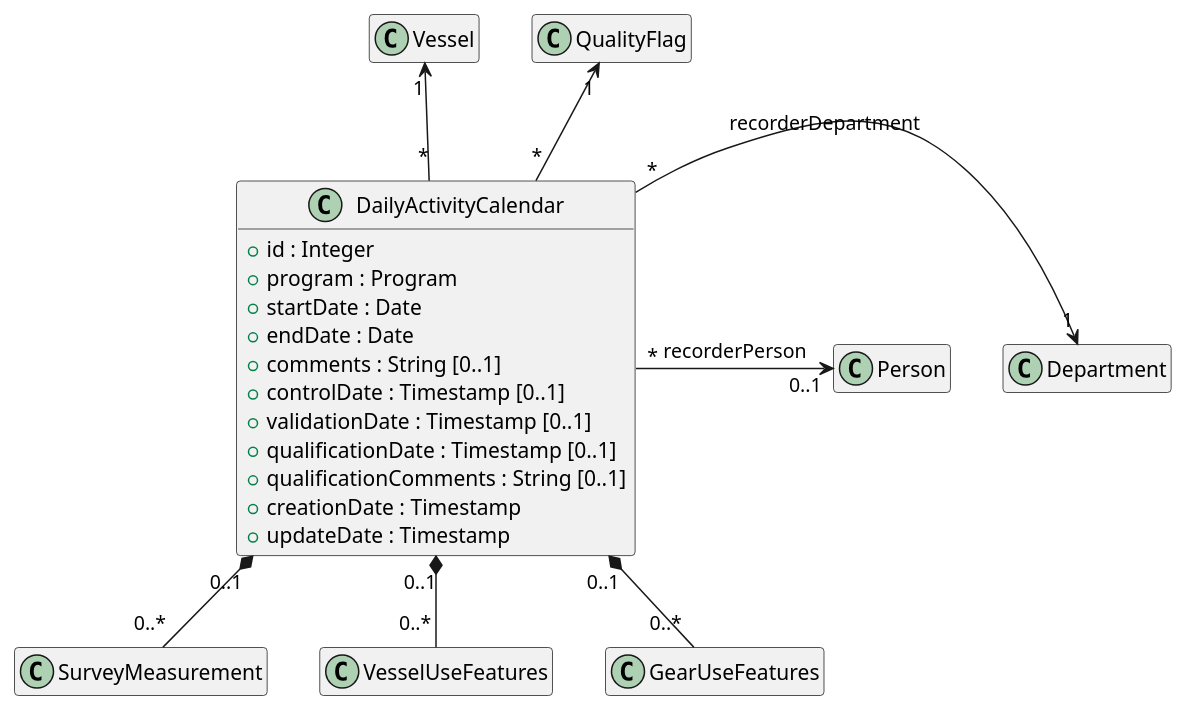
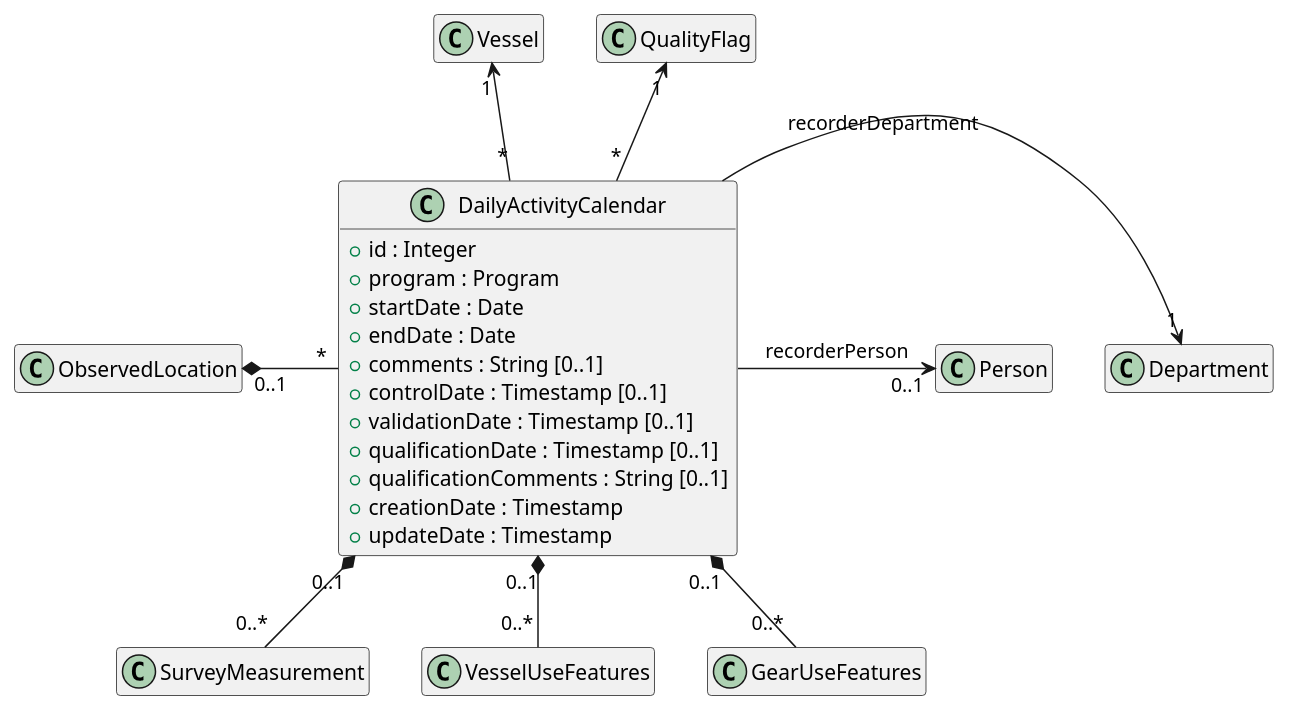
The diagram in model/data/daily-activity-calendar.puml (sumaris-net/sumaris-doc), drawn with PlantUML before and after one commit. The commit also changed 6 other files, not shown here.

```diff
--- a/model/data/daily-activity-calendar.puml
+++ b/model/data/daily-activity-calendar.puml
@@ -1,28 +1,29 @@
 @startuml
 hide empty members
 
 class DailyActivityCalendar {
     +id : Integer
     +program : Program
     +startDate : Date
     +endDate : Date
     +comments : String [0..1]
     +controlDate : Timestamp [0..1]
     +validationDate : Timestamp [0..1]
     +qualificationDate : Timestamp [0..1]
     +qualificationComments : String [0..1]
     +creationDate : Timestamp
     +updateDate : Timestamp
 }
 
+DailyActivityCalendar "*" -left-* "0..1" ObservedLocation: "        "
 DailyActivityCalendar "*" -up-> "1" QualityFlag
 DailyActivityCalendar "*" -up-> "1" Vessel
 
-DailyActivityCalendar "*" -right-> "1" Department: "recorderDepartment"
-DailyActivityCalendar "*" -right-> "0..1" Person: "recorderPerson"
+DailyActivityCalendar -right-> "1" Department: "recorderDepartment"
+DailyActivityCalendar -right-> "0..1" Person: "recorderPerson"
 
 DailyActivityCalendar "0..1" *-- "0..*" SurveyMeasurement
 DailyActivityCalendar "0..1" *-- "0..*" VesselUseFeatures
 DailyActivityCalendar "0..1" *-- "0..*" GearUseFeatures
 
 @enduml
```
